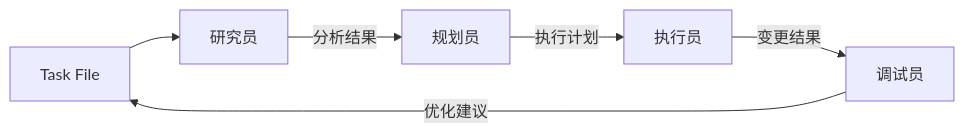
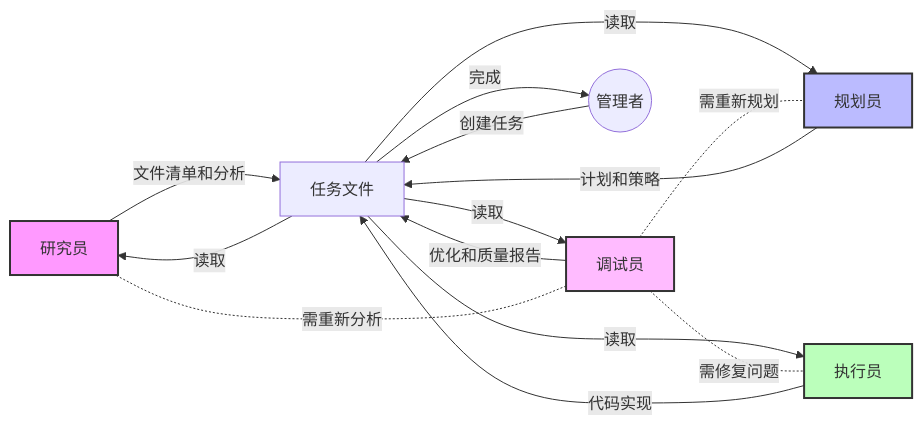
Before and after one commit to wanjochan/ai-ppdb: the diagram in ai/tasker-v2.md, drawn with Mermaid. The commit also changed other lines of this file and 2 other files, not shown here.

````diff
--- a/ai/tasker-v2.md
+++ b/ai/tasker-v2.md
@@ -186,8 +454,23 @@
 ```mermaid
 graph LR
-    T[Task File] --> R[研究员]
-    R -->|分析结果| P[规划员]
-    P -->|执行计划| E[执行员]
-    E -->|变更结果| D[调试员]
-    D -->|优化建议| T
+    style R fill:#f9f,stroke:#333,stroke-width:2px
+    style P fill:#bbf,stroke:#333,stroke-width:2px
+    style E fill:#bfb,stroke:#333,stroke-width:2px
+    style D fill:#fbf,stroke:#333,stroke-width:2px
+    
+    M((管理者)) --> |创建任务| T[任务文件]
+    T --> |读取| R[研究员]
+    R --> |文件清单和分析| T
+    T --> |读取| P[规划员]
+    P --> |计划和策略| T
+    T --> |读取| E[执行员]
+    E --> |代码实现| T
+    T --> |读取| D[调试员]
+    D --> |优化和质量报告| T
+    T --> |完成| M
+    
+    %% 返工路径
+    D -.- |需重新分析| R
+    D -.- |需重新规划| P
+    D -.- |需修复问题| E
 ```
````
